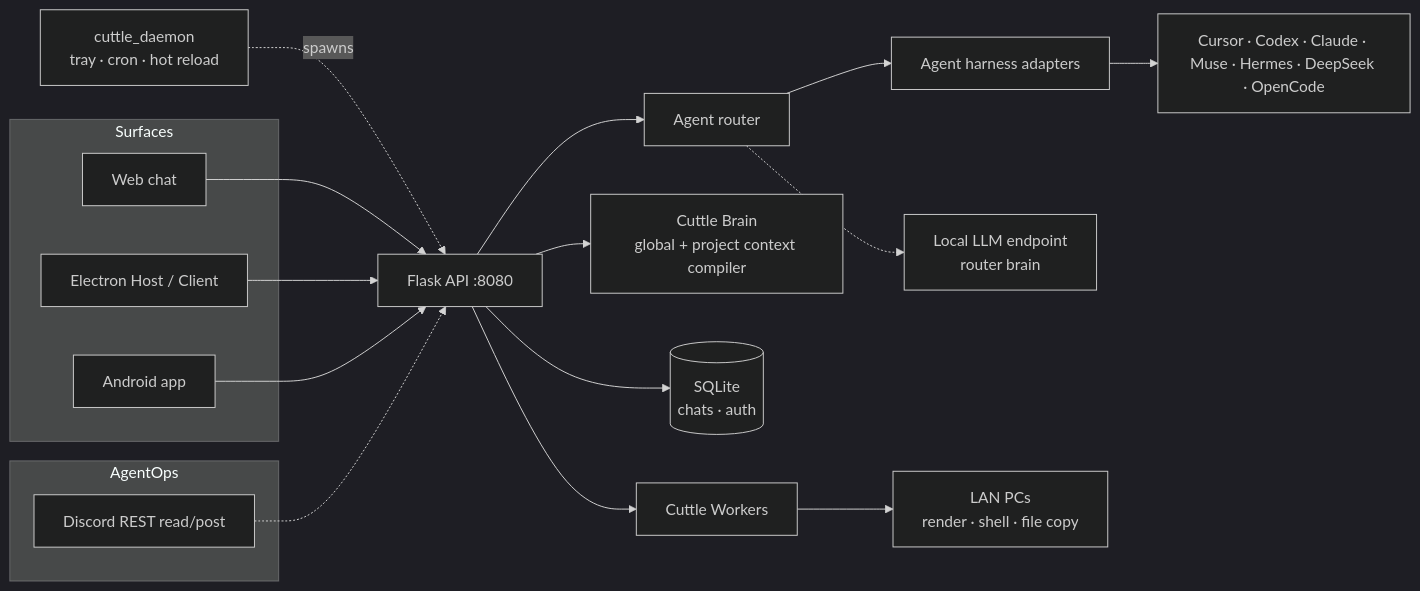
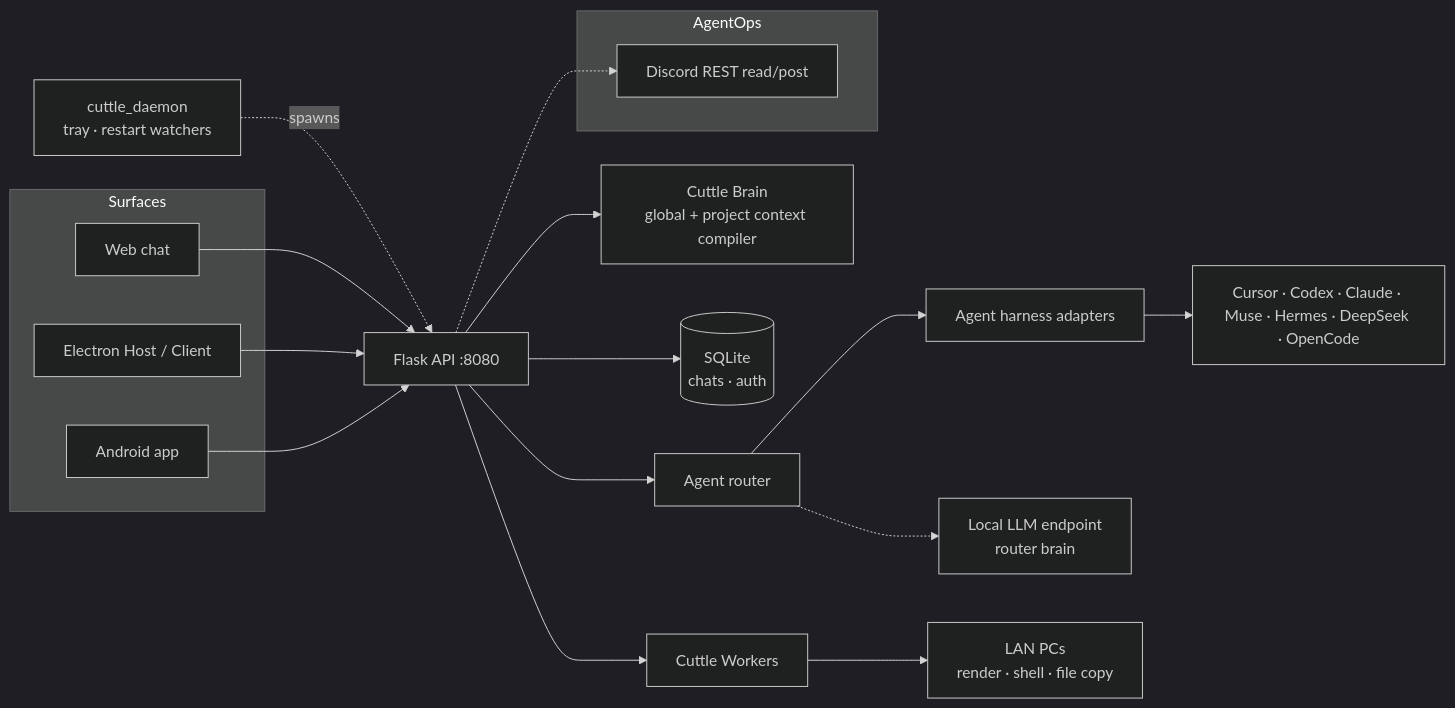
The diagram in README.md (kidchemical/Cuttle), drawn with Mermaid (dark theme) before and after one commit. The commit also changed other lines of this file and 65 other files, not shown here.

````diff
--- a/README.md
+++ b/README.md
@@ -194,22 +192,22 @@
 ```mermaid
 flowchart LR
   subgraph Surfaces
     Web[Web chat]
     Desk[Electron Host / Client]
     Phone[Android app]
   end
   subgraph AgentOps
     DiscordREST[Discord REST read/post]
   end
-  Daemon[cuttle_daemon<br/>tray · cron · hot reload] -. spawns .-> API
+  Daemon[cuttle_daemon<br/>tray · restart watchers] -. spawns .-> API
   Web & Desk & Phone --> API[Flask API :8080]
-  DiscordREST -.-> API
+  API -.-> DiscordREST
   API --> Router[Agent router]
   Router --> Harness[Agent harness adapters]
   Harness --> CLIs[Cursor · Codex · Claude · Muse · Hermes · DeepSeek · OpenCode]
   Router -.-> Local[Local LLM endpoint<br/>router brain]
   API --> Brain[Cuttle Brain<br/>global + project context compiler]
   API --> Store[(SQLite<br/>chats · auth)]
   API --> Workers[Cuttle Workers]
   Workers --> Mesh[LAN PCs<br/>render · shell · file copy]
 ```
````
